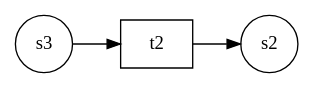
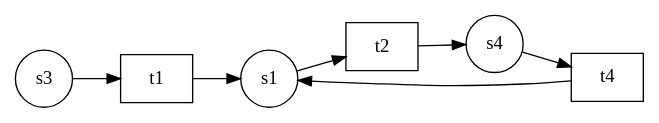
The diagram in Reduktionsalgorithmen/test.gv (dnannen/reduction-of-petri-nets), drawn with Graphviz before and after one commit. The commit also changed 4 other files, not shown here.

```diff
--- a/Reduktionsalgorithmen/test.gv
+++ b/Reduktionsalgorithmen/test.gv
@@ -1,9 +1,16 @@
 digraph petrinet{
 node[shape=circle];
 rankdir=LR;
-"s2";
+"s1";
 "s3";
+"s4";
+"t1" [shape=box];
 "t2" [shape=box];
-"s3"->"t2"
-"t2"->"s2"
+"t4" [shape=box];
+"s1"->"t2"
+"s3"->"t1"
+"s4"->"t4"
+"t1"->"s1"
+"t2"->"s4"
+"t4"->"s1"
 }
```
